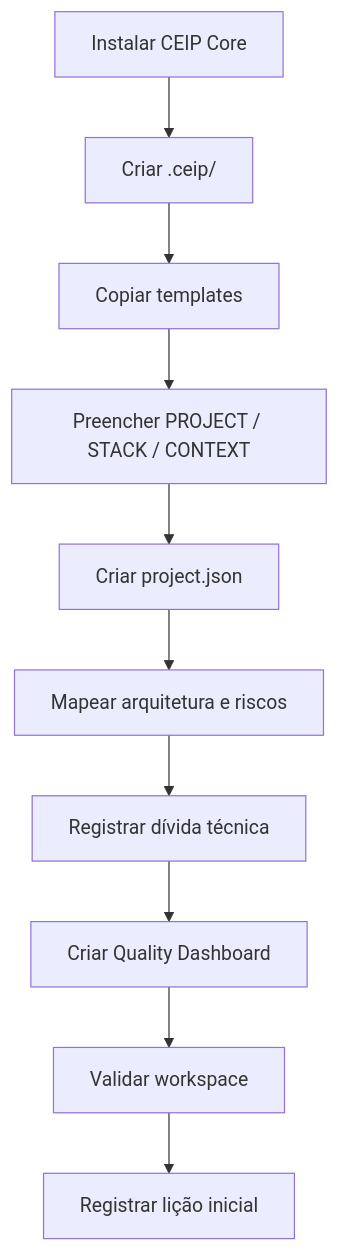
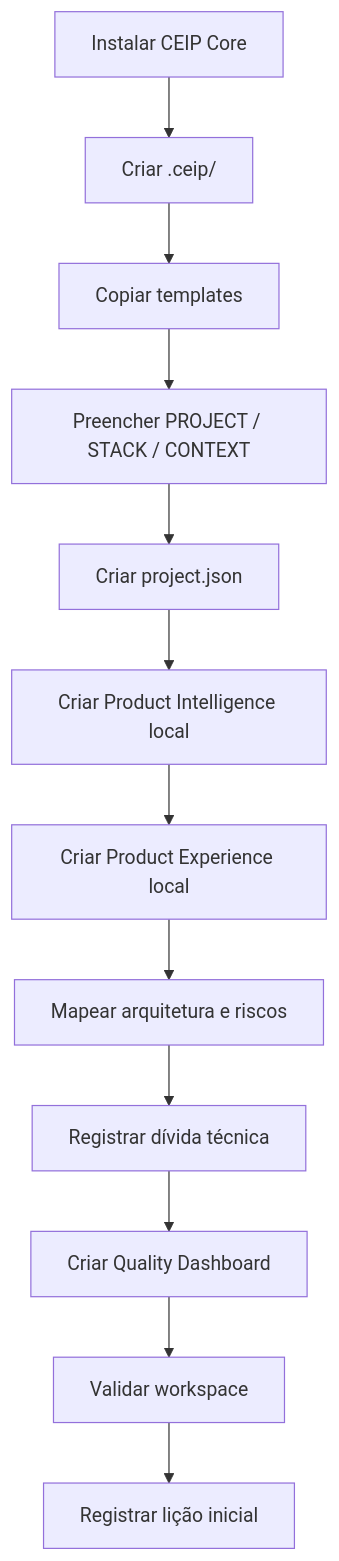
The diagram in workspace/INITIALIZATION_FLOW.md (thyags/method-ceip), drawn with Mermaid before and after one commit. The commit also changed other lines of this file and 130 other files, not shown here.

Commit message:
Add product experience system to CEIP

````diff
--- a/workspace/INITIALIZATION_FLOW.md
+++ b/workspace/INITIALIZATION_FLOW.md
@@ -41,12 +43,14 @@
 ```mermaid
 flowchart TD
     A["Instalar CEIP Core"] --> B["Criar .ceip/"]
     B --> C["Copiar templates"]
     C --> D["Preencher PROJECT / STACK / CONTEXT"]
     D --> E["Criar project.json"]
-    E --> F["Mapear arquitetura e riscos"]
-    F --> G["Registrar dívida técnica"]
-    G --> H["Criar Quality Dashboard"]
-    H --> I["Validar workspace"]
-    I --> J["Registrar lição inicial"]
+    E --> F["Criar Product Intelligence local"]
+    F --> G["Criar Product Experience local"]
+    G --> H["Mapear arquitetura e riscos"]
+    H --> I["Registrar dívida técnica"]
+    I --> J["Criar Quality Dashboard"]
+    J --> K["Validar workspace"]
+    K --> L["Registrar lição inicial"]
 ```
````
